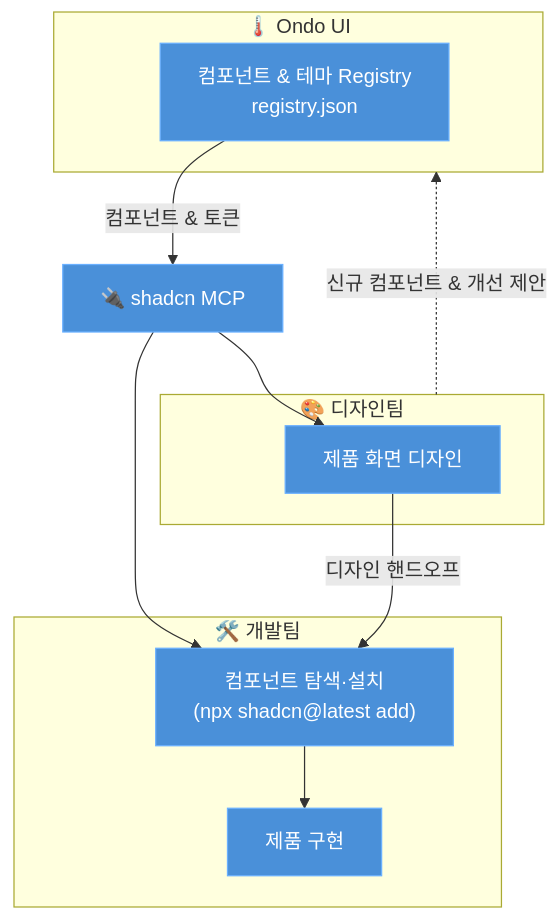
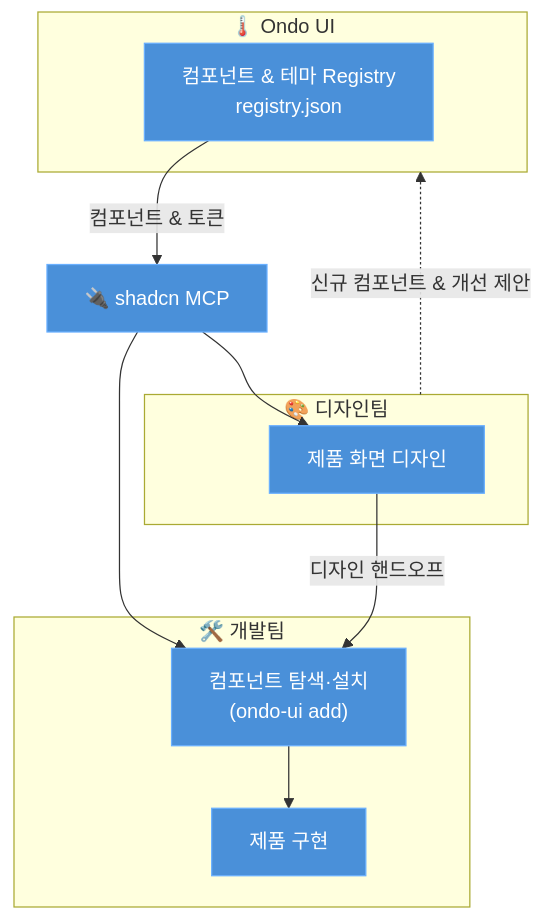
Before and after one commit to douinc/ondo-ui: the diagram in packages/ondo-ui-cli/README_KO.md, drawn with Mermaid. The commit also changed other lines of this file and 6 other files, not shown here.

````diff
--- a/packages/ondo-ui-cli/README_KO.md
+++ b/packages/ondo-ui-cli/README_KO.md
@@ -23,24 +23,24 @@
 ```mermaid
 flowchart TD
     classDef default fill:#4a90d9,stroke:#6ab0ff,color:#fff
 
     subgraph ondo["🌡️ Ondo UI"]
         registry["컴포넌트 & 테마 Registry<br/>registry.json"]
     end
 
     mcp["🔌 shadcn MCP"]
 
     subgraph design["🎨 디자인팀"]
         mockup["제품 화면 디자인"]
     end
 
     subgraph dev["🛠️ 개발팀"]
-        add["컴포넌트 탐색·설치<br/>(npx shadcn@latest add)"] --> product["제품 구현"]
+        add["컴포넌트 탐색·설치<br/>(ondo-ui add)"] --> product["제품 구현"]
     end
 
     registry -->|"컴포넌트 & 토큰"| mcp
     mcp --> mockup
     mcp --> add
     mockup -->|"디자인 핸드오프"| add
     design -.->|"신규 컴포넌트 & 개선 제안"| ondo
 ```
````
